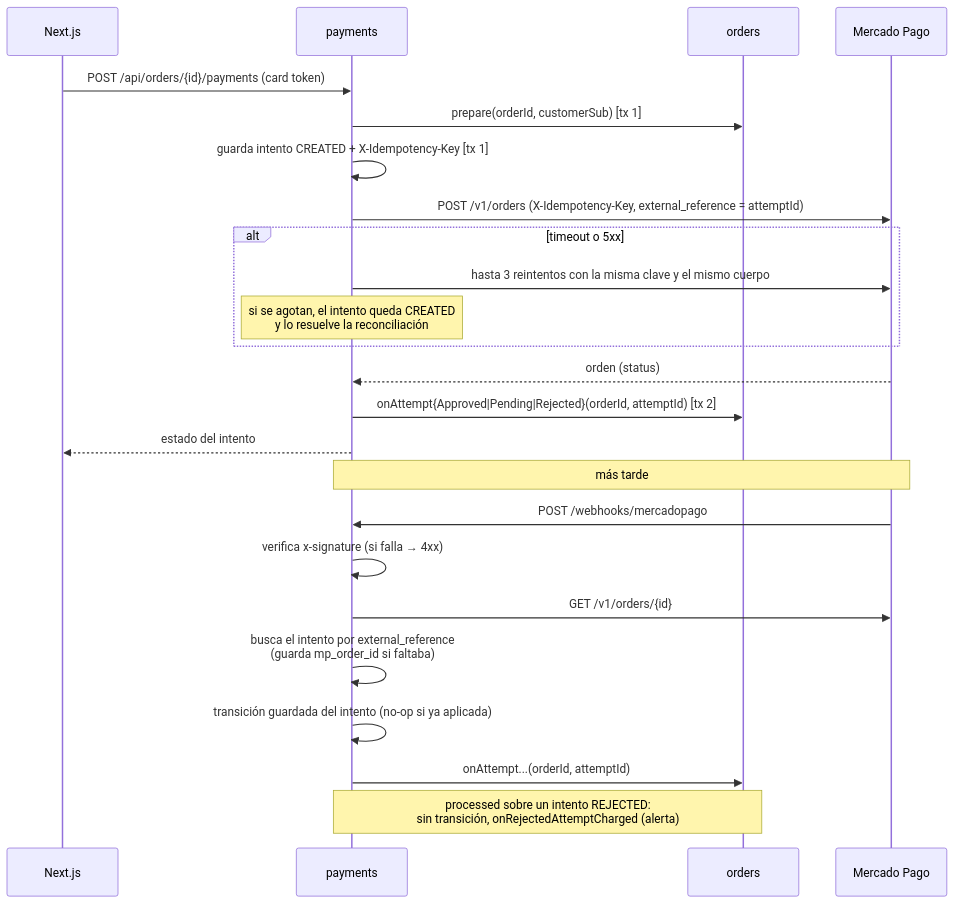
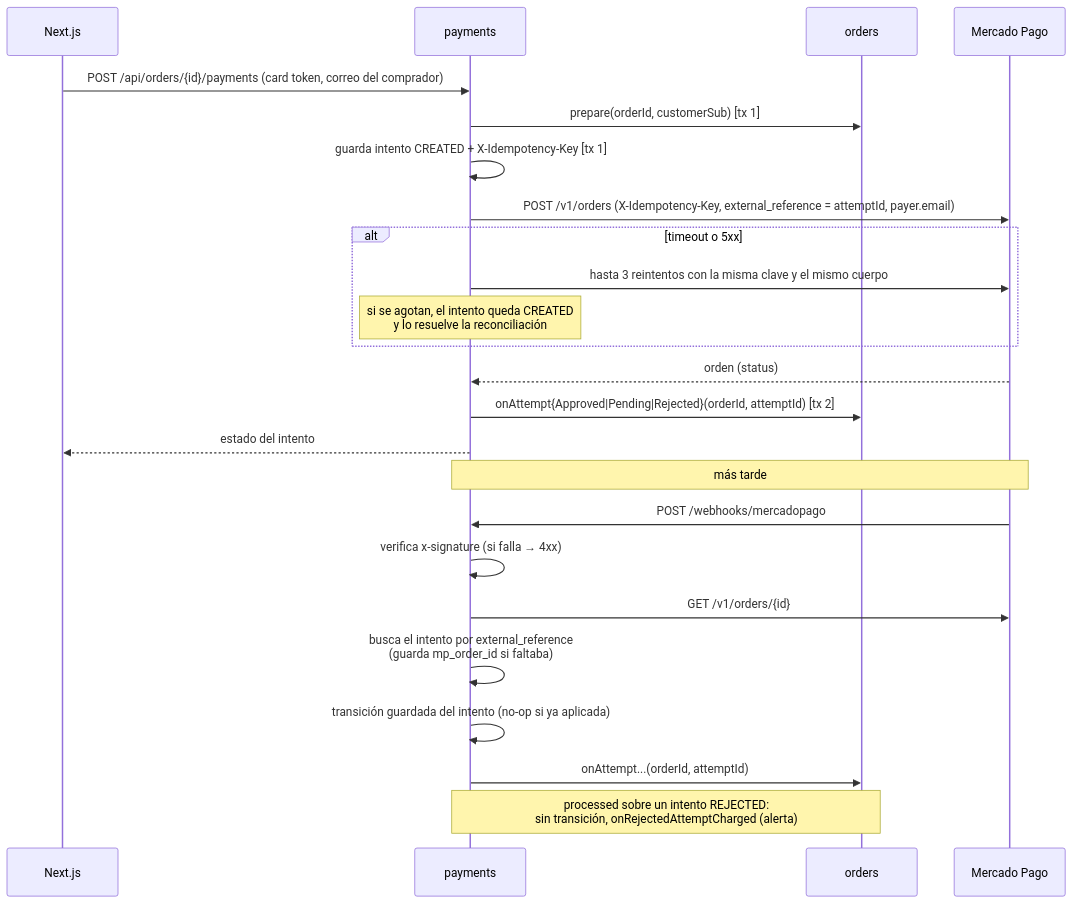
Before and after one commit to furibeh/bitmarket: the fourth of 7 diagrams in docs/architecture.md, drawn with Mermaid. The commit also changed other lines of this file and 2 other files, not shown here.

Commit message:
docs: corrige hallazgos de la revisión del spike #27
Muestra el correo del comprador en el flujo de pago, guarda solo el
código de los errores de Mercado Pago para no persistir el correo,
añade el caso de borde B-30 y documenta cómo recibe Next.js la public
key en AWS.

Refs #27

````diff
--- a/docs/architecture.md
+++ b/docs/architecture.md
@@ -177,26 +177,26 @@
 ```mermaid
 sequenceDiagram
     participant FE as Next.js
     participant P as payments
     participant O as orders
     participant MP as Mercado Pago
-    FE->>P: POST /api/orders/{id}/payments (card token)
+    FE->>P: POST /api/orders/{id}/payments (card token, correo del comprador)
     P->>O: prepare(orderId, customerSub)  [tx 1]
     P->>P: guarda intento CREATED + X-Idempotency-Key  [tx 1]
-    P->>MP: POST /v1/orders (X-Idempotency-Key, external_reference = attemptId)
+    P->>MP: POST /v1/orders (X-Idempotency-Key, external_reference = attemptId, payer.email)
     alt timeout o 5xx
         P->>MP: hasta 3 reintentos con la misma clave y el mismo cuerpo
         Note over P: si se agotan, el intento queda CREATED<br/>y lo resuelve la reconciliación
     end
     MP-->>P: orden (status)
     P->>O: onAttempt{Approved|Pending|Rejected}(orderId, attemptId)  [tx 2]
     P-->>FE: estado del intento
     Note over MP,P: más tarde
     MP->>P: POST /webhooks/mercadopago
     P->>P: verifica x-signature (si falla → 4xx)
     P->>MP: GET /v1/orders/{id}
     P->>P: busca el intento por external_reference<br/>(guarda mp_order_id si faltaba)
     P->>P: transición guardada del intento (no-op si ya aplicada)
     P->>O: onAttempt...(orderId, attemptId)
     Note over P,O: processed sobre un intento REJECTED:<br/>sin transición, onRejectedAttemptCharged (alerta)
 ```
````
